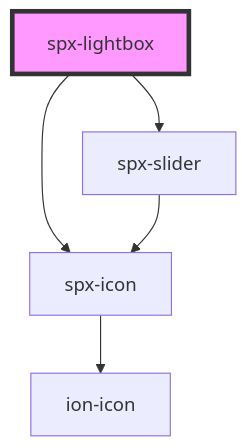
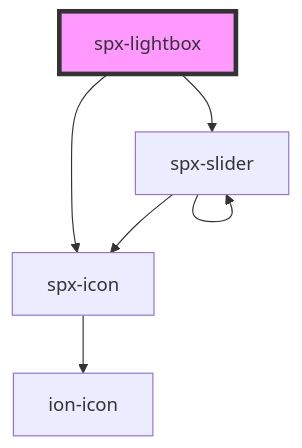
Before and after one commit to dnnsjsk/spx: the diagram in stencil/src/components/elements/spx-lightbox/readme.md, drawn with Mermaid. The commit also changed 37 other files, not shown here.

````diff
--- a/stencil/src/components/elements/spx-lightbox/readme.md
+++ b/stencil/src/components/elements/spx-lightbox/readme.md
@@ -34,8 +34,9 @@
 ```mermaid
 graph TD;
   spx-lightbox --> spx-icon
   spx-lightbox --> spx-slider
   spx-icon --> ion-icon
   spx-slider --> spx-icon
+  spx-slider --> spx-slider
   style spx-lightbox fill:#f9f,stroke:#333,stroke-width:4px
 ```
````
